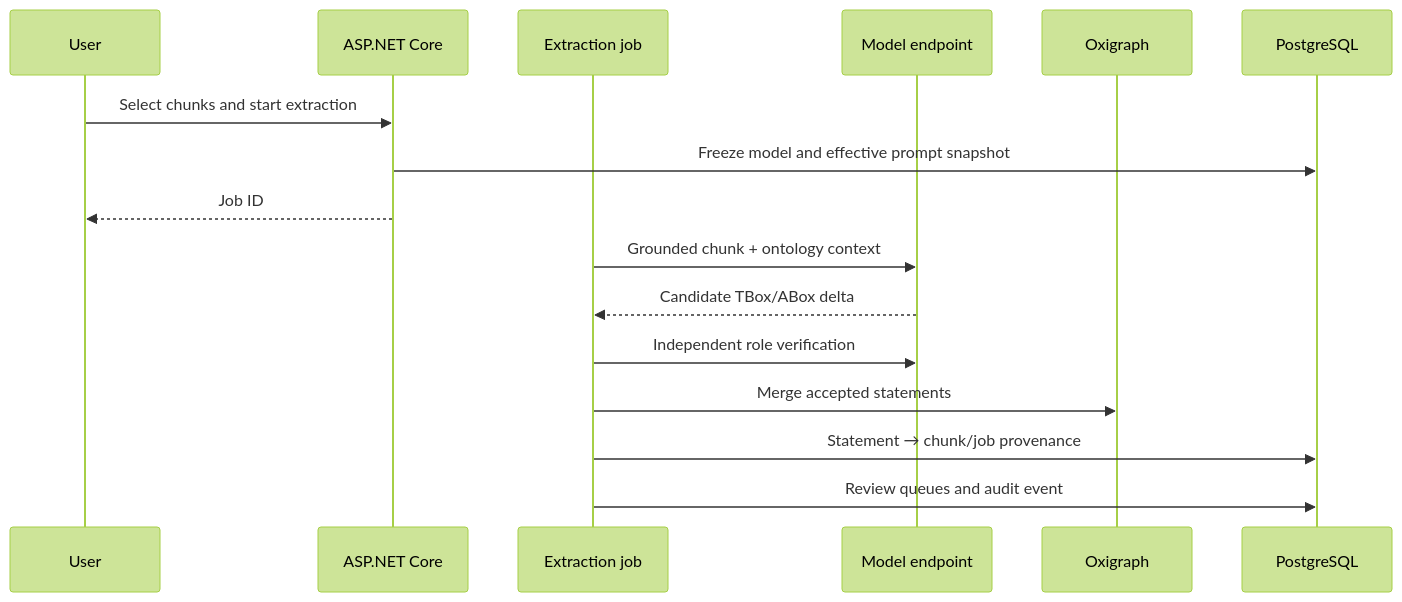
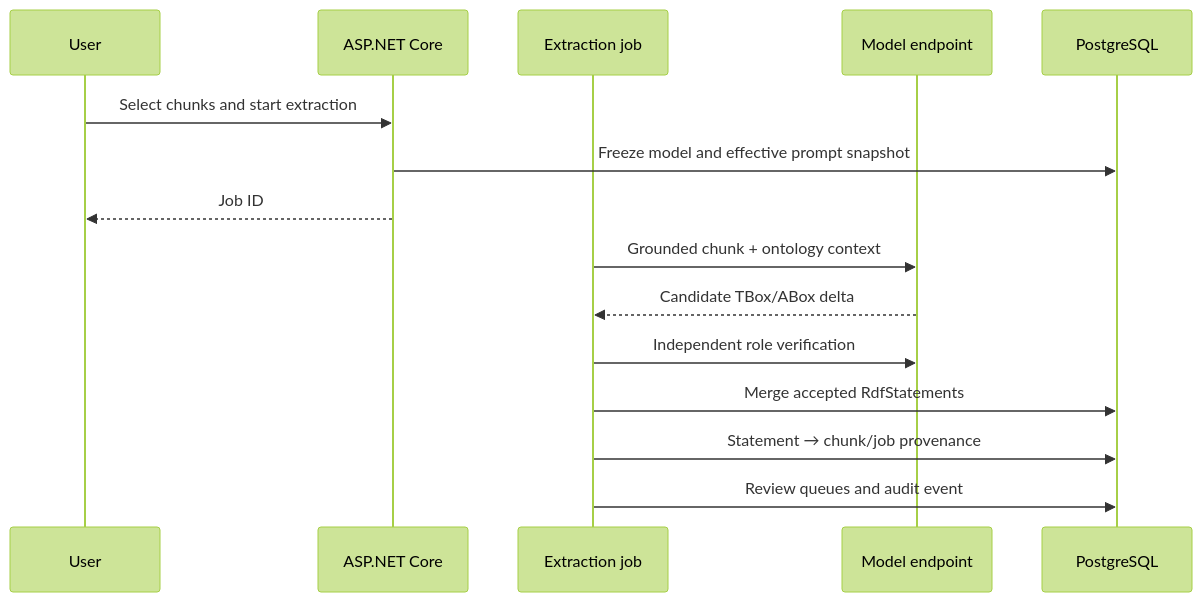
Before and after one commit to mlnethub/isestudio: the third of 5 diagrams in docs/architecture.md, drawn with Mermaid (forest theme). The commit also changed other lines of this file and 108 other files, not shown here.

````diff
--- a/docs/architecture.md
+++ b/docs/architecture.md
@@ -70,19 +86,18 @@
 ```mermaid
 sequenceDiagram
     participant U as User
     participant API as ASP.NET Core
     participant J as Extraction job
     participant M as Model endpoint
-    participant G as Oxigraph
     participant P as PostgreSQL
 
     U->>API: Select chunks and start extraction
     API->>P: Freeze model and effective prompt snapshot
     API-->>U: Job ID
     J->>M: Grounded chunk + ontology context
     M-->>J: Candidate TBox/ABox delta
     J->>M: Independent role verification
-    J->>G: Merge accepted statements
+    J->>P: Merge accepted RdfStatements
     J->>P: Statement → chunk/job provenance
     J->>P: Review queues and audit event
 ```
````
